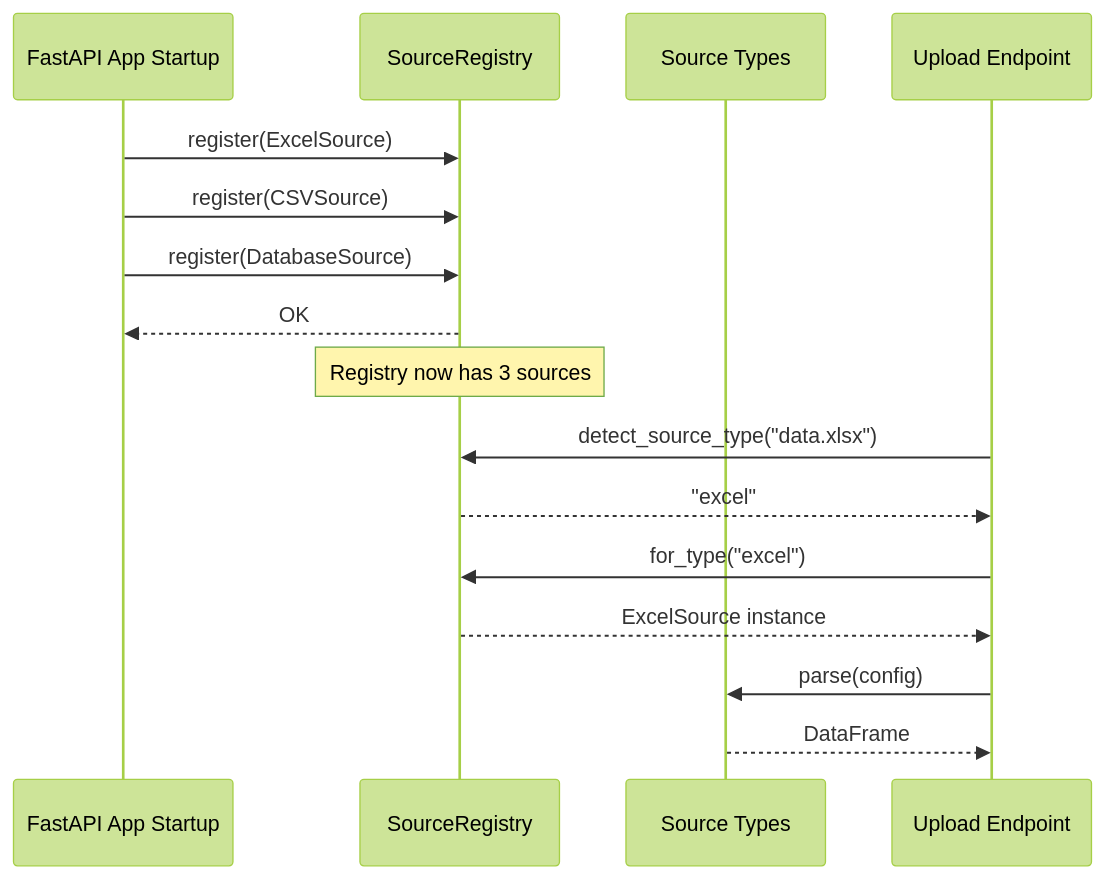
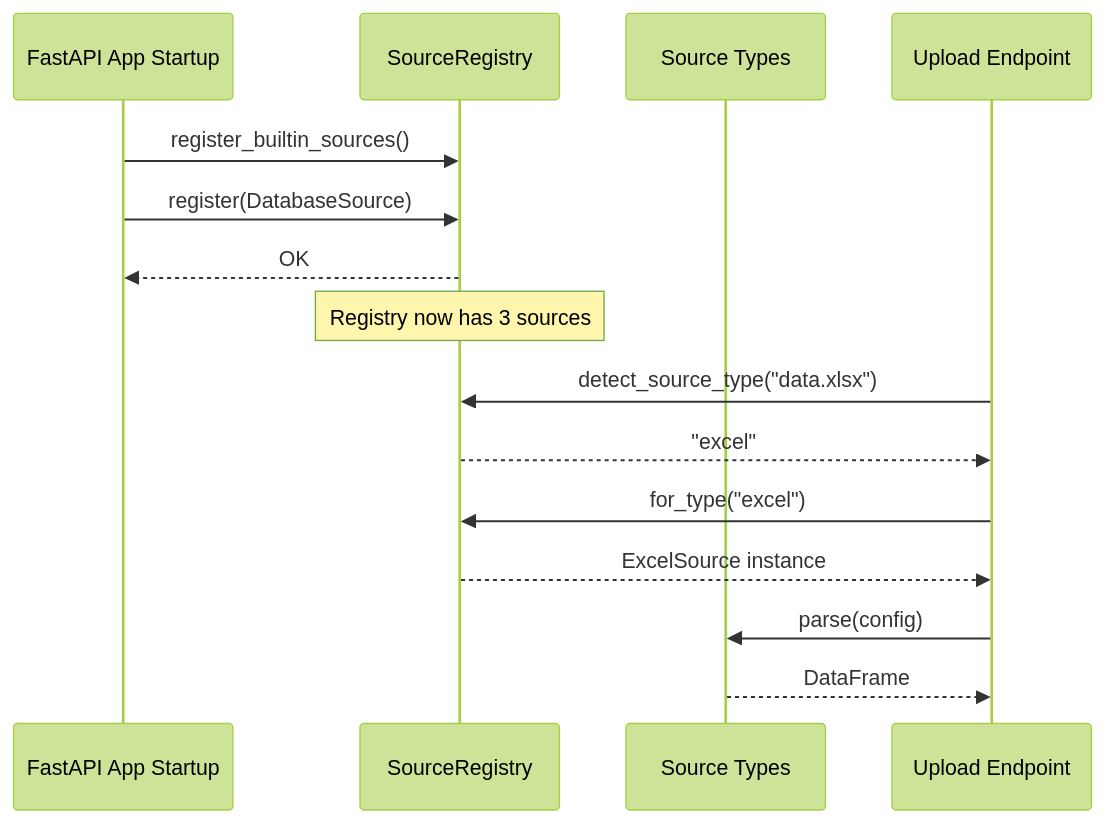
Before and after one commit to pasxd245/my-dynamic-dashboard: the diagram in specs/010-source-provider-abstraction/quickstart.md, drawn with Mermaid (forest theme). The commit also changed other lines of this file and 33 other files, not shown here.

````diff
--- a/specs/010-source-provider-abstraction/quickstart.md
+++ b/specs/010-source-provider-abstraction/quickstart.md
@@ -197,23 +194,22 @@
 ```mermaid
 sequenceDiagram
     participant FastAPI App Startup
     participant SourceRegistry
     participant Source Types
     participant Upload Endpoint
 
-    FastAPI App Startup->>SourceRegistry: register(ExcelSource)
-    FastAPI App Startup->>SourceRegistry: register(CSVSource)
+    FastAPI App Startup->>SourceRegistry: register_builtin_sources()
     FastAPI App Startup->>SourceRegistry: register(DatabaseSource)
     SourceRegistry-->>FastAPI App Startup: OK
 
     Note over SourceRegistry: Registry now has 3 sources
 
     Upload Endpoint->>SourceRegistry: detect_source_type("data.xlsx")
     SourceRegistry-->>Upload Endpoint: "excel"
 
     Upload Endpoint->>SourceRegistry: for_type("excel")
     SourceRegistry-->>Upload Endpoint: ExcelSource instance
 
     Upload Endpoint->>Source Types: parse(config)
     Source Types-->>Upload Endpoint: DataFrame
 ```
````
